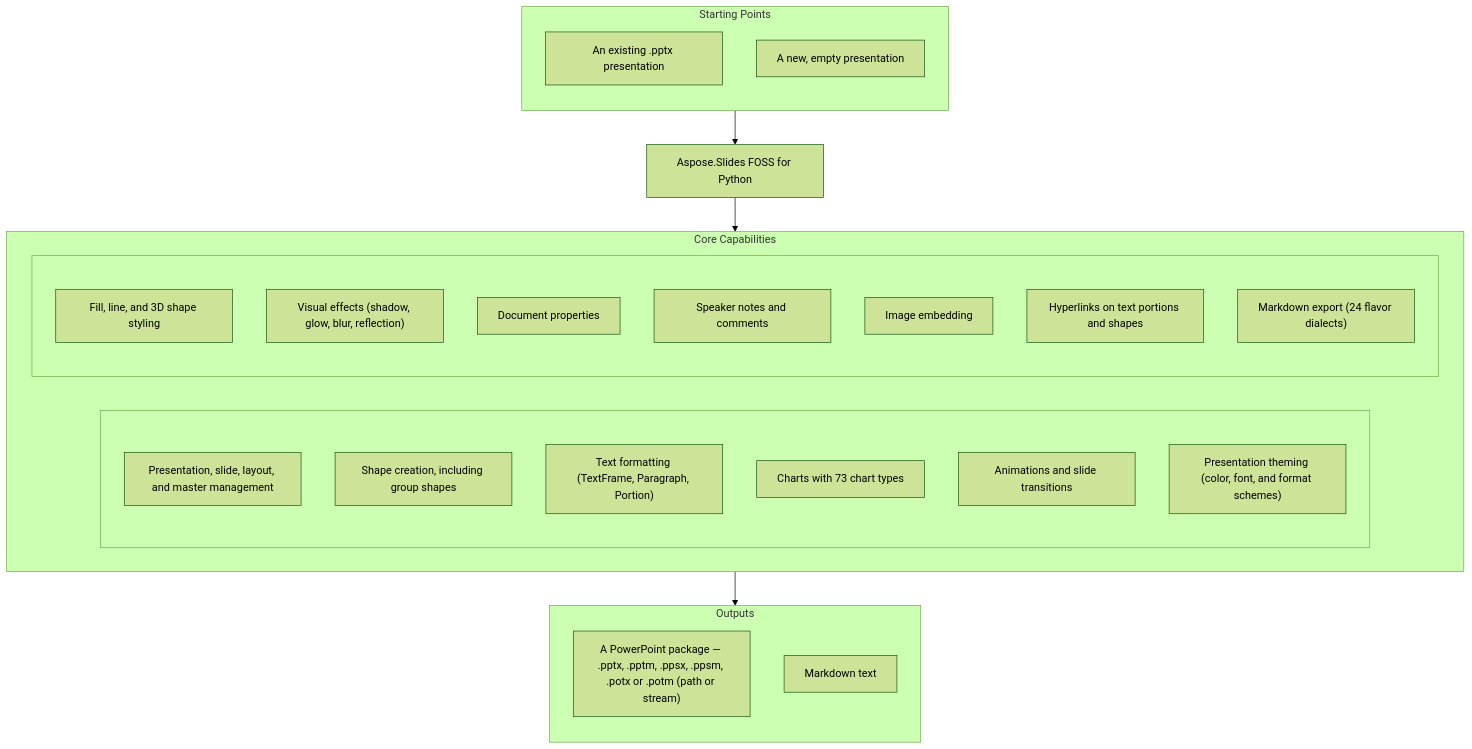
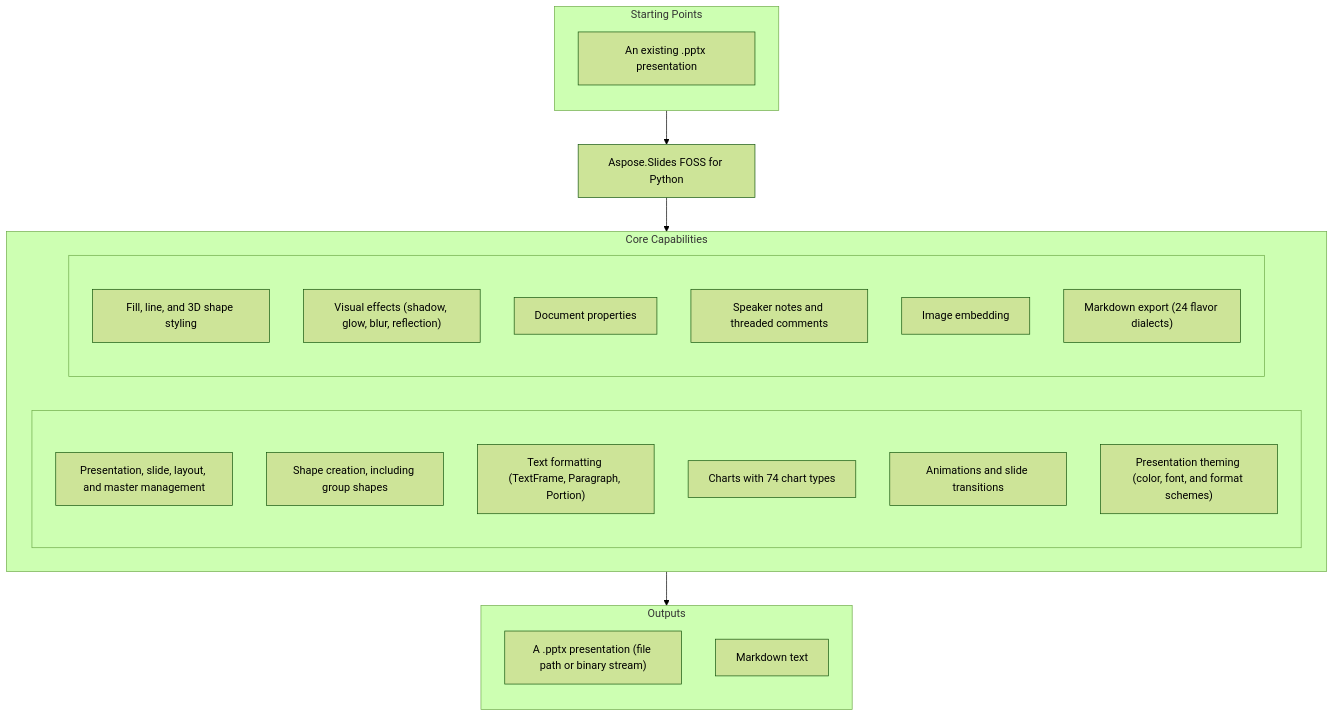
Before and after one commit to aspose-slides-foss/Aspose.Slides-FOSS-for-Python: the diagram in README.md, drawn with Mermaid (forest theme). The commit also changed other lines of this file, not shown here.

````diff
--- a/README.md
+++ b/README.md
@@ -11,37 +28,35 @@
 ```mermaid
 flowchart TD
   subgraph StartingPoints["Starting Points"]
     direction TB
     i1["An existing .pptx presentation"]
-    i2["A new, empty presentation"]
   end
   PRODUCT["Aspose.Slides FOSS for Python"]
   subgraph Capabilities["Core Capabilities"]
     direction LR
     subgraph capl[" "]
       direction TB
       c1["Presentation, slide, layout, and master management"]
       c2["Shape creation, including group shapes"]
       c3["Text formatting (TextFrame, Paragraph, Portion)"]
-      c4["Charts with 73 chart types"]
+      c4["Charts with 74 chart types"]
       c5["Animations and slide transitions"]
       c6["Presentation theming (color, font, and format schemes)"]
     end
     subgraph capr[" "]
       direction TB
       c7["Fill, line, and 3D shape styling"]
       c8["Visual effects (shadow, glow, blur, reflection)"]
       c9["Document properties"]
-      c10["Speaker notes and comments"]
+      c10["Speaker notes and threaded comments"]
       c11["Image embedding"]
-      c12["Hyperlinks on text portions and shapes"]
-      c13["Markdown export (24 flavor dialects)"]
+      c12["Markdown export (24 flavor dialects)"]
     end
   end
   subgraph Outputs["Outputs"]
     direction TB
-    o1["A PowerPoint package — .pptx, .pptm, .ppsx, .ppsm, .potx or .potm (path or stream)"]
+    o1["A .pptx presentation (file path or binary stream)"]
     o2["Markdown text"]
   end
   StartingPoints --> PRODUCT --> Capabilities --> Outputs
 ```
````
